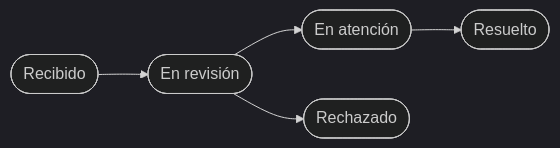
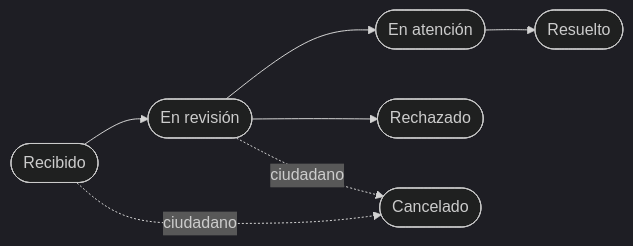
One commit to Tucostefav/ciudad-activa changed the seventh of 7 diagrams in docs/diagramas-app.md. Above: the diagram before and after it, drawn with Mermaid (dark theme). The commit also changed other lines of this file and 23 other files, not shown here.

````diff
--- a/docs/diagramas-app.md
+++ b/docs/diagramas-app.md
@@ -98,7 +242,9 @@
 ```mermaid
 flowchart LR
   received([Recibido]) --> in_review([En revisión])
   in_review --> in_progress([En atención])
   in_progress --> resolved([Resuelto])
   in_review --> rejected([Rechazado])
+  received -. ciudadano .-> cancelled([Cancelado])
+  in_review -. ciudadano .-> cancelled
 ```
````
